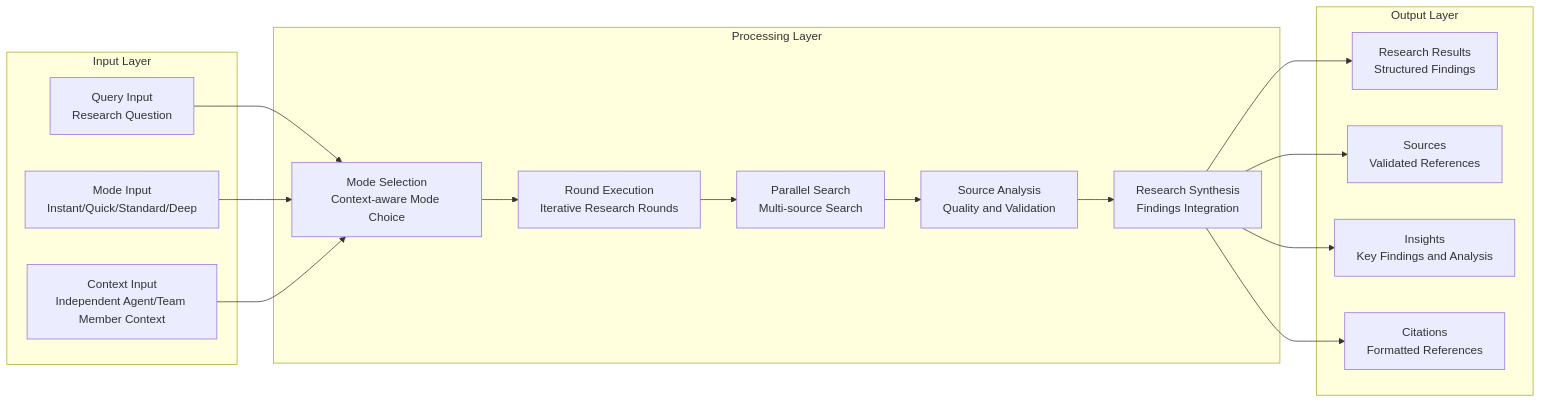
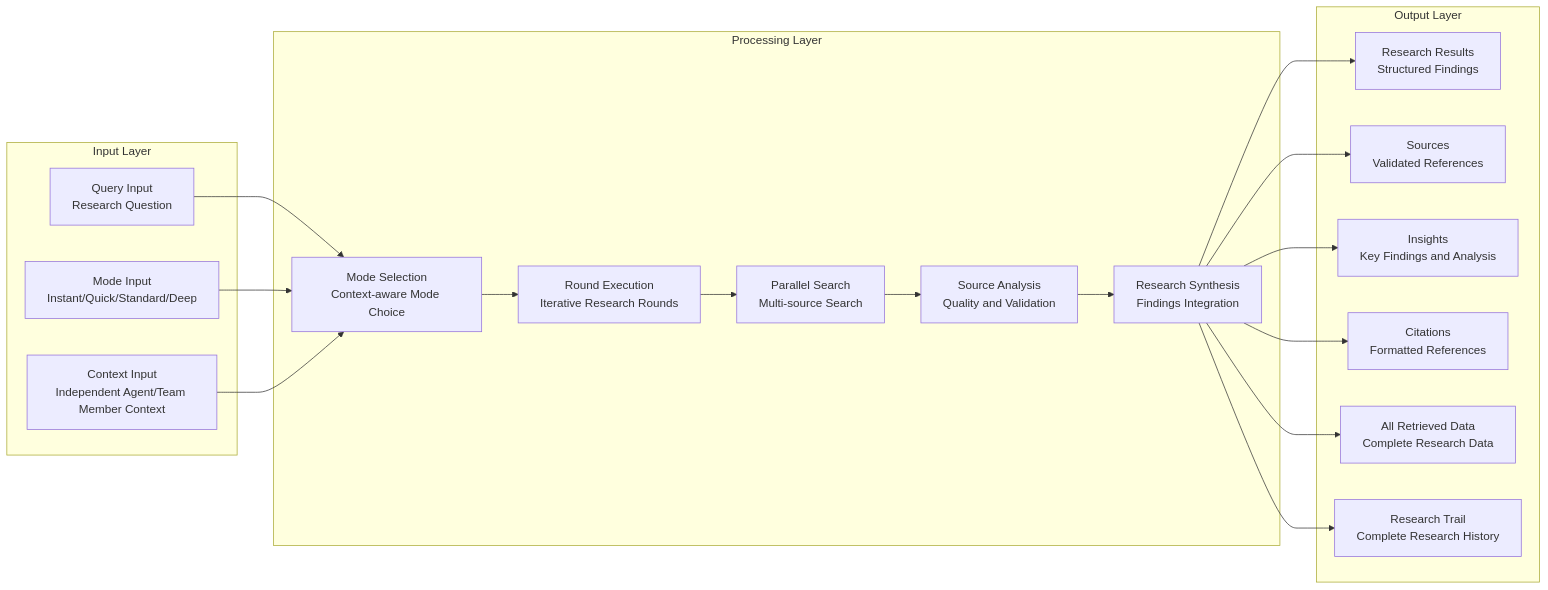
One commit to agentplug/research-agent changed the fifth of 7 diagrams in docs/.architecture_design/deep_research_agent_architecture.md. Above: the diagram before and after it, drawn with Mermaid. The commit also changed other lines of this file, not shown here.

First line of the commit message:
refactor: simplify scalability requirements for research agent

````diff
--- a/docs/.architecture_design/deep_research_agent_architecture.md
+++ b/docs/.architecture_design/deep_research_agent_architecture.md
@@ -390,37 +397,41 @@
 ```mermaid
 graph LR
     subgraph "Input Layer"
         Q["Query Input<br/>Research Question"]
         M["Mode Input<br/>Instant/Quick/Standard/Deep"]
         C["Context Input<br/>Independent Agent/Team Member Context"]
     end
     
     subgraph "Processing Layer"
         MS["Mode Selection<br/>Context-aware Mode Choice"]
         RE["Round Execution<br/>Iterative Research Rounds"]
         PS["Parallel Search<br/>Multi-source Search"]
         SA["Source Analysis<br/>Quality and Validation"]
         RS["Research Synthesis<br/>Findings Integration"]
     end
     
     subgraph "Output Layer"
         R["Research Results<br/>Structured Findings"]
         S["Sources<br/>Validated References"]
         I["Insights<br/>Key Findings and Analysis"]
         C2["Citations<br/>Formatted References"]
+        AD["All Retrieved Data<br/>Complete Research Data"]
+        RT["Research Trail<br/>Complete Research History"]
     end
     
     Q --> MS
     M --> MS
     C --> MS
     
     MS --> RE
     RE --> PS
     PS --> SA
     SA --> RS
     
     RS --> R
     RS --> S
     RS --> I
     RS --> C2
+    RS --> AD
+    RS --> RT
 ```
````
